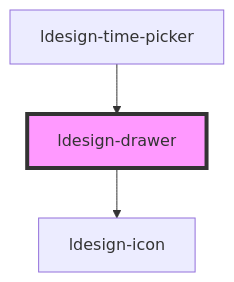
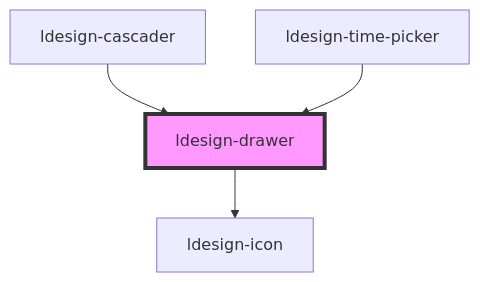
Before and after one commit to poly1603/ldesign: the diagram in packages/webcomponent/src/components/drawer/readme.md, drawn with Mermaid. The commit also changed other lines of this file and 6 other files, not shown here.

````diff
--- a/packages/webcomponent/src/components/drawer/readme.md
+++ b/packages/webcomponent/src/components/drawer/readme.md
@@ -87,6 +88,7 @@
 ```mermaid
 graph TD;
   ldesign-drawer --> ldesign-icon
+  ldesign-cascader --> ldesign-drawer
   ldesign-time-picker --> ldesign-drawer
   style ldesign-drawer fill:#f9f,stroke:#333,stroke-width:4px
 ```
````
